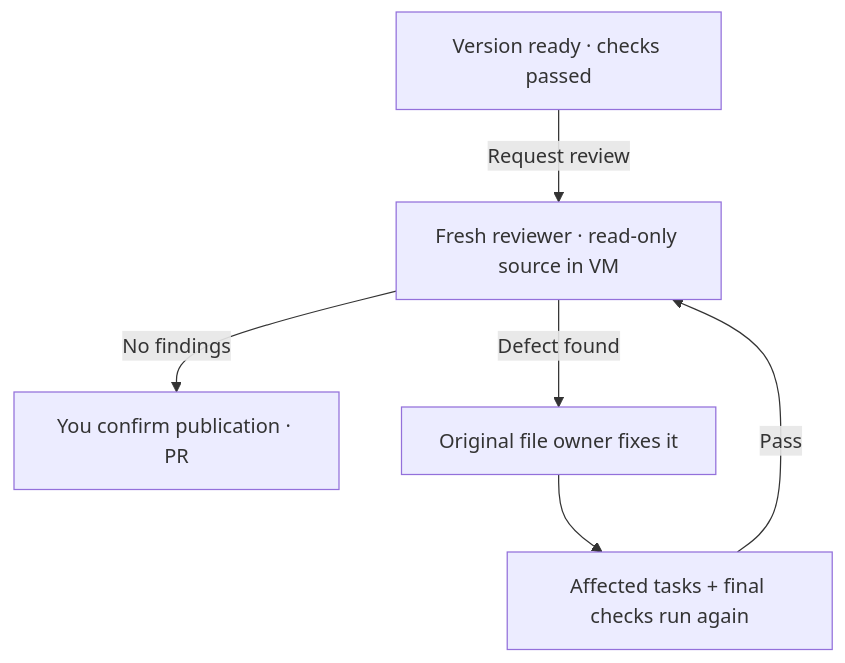
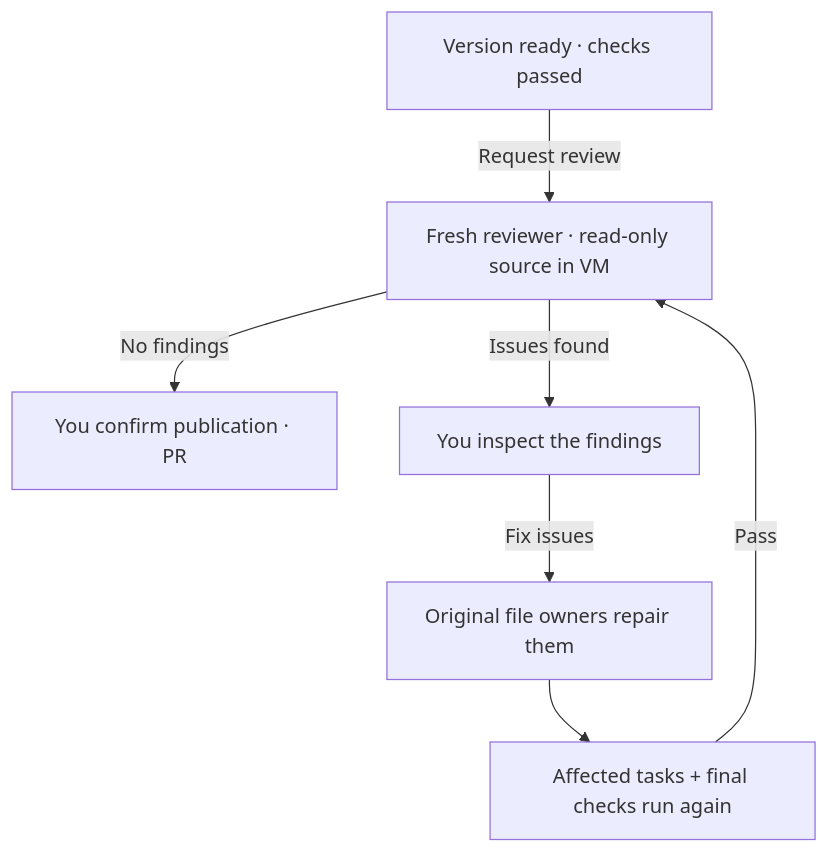
The diagram in docs/review.md (minimumeffort-dev/sprowt.harness), drawn with Mermaid before and after one commit. The commit also changed other lines of this file and 12 other files, not shown here.

Commit message:
Add review findings view and explicit repair actions

````diff
--- a/docs/review.md
+++ b/docs/review.md
@@ -7,8 +7,9 @@
 ```mermaid
 flowchart TB
     ready["Version ready · checks passed"] -->|"Request review"| review["Fresh reviewer · read-only source in VM"]
     review -->|"No findings"| publish["You confirm publication · PR"]
-    review -->|"Defect found"| fix["Original file owner fixes it"]
+    review -->|"Issues found"| findings["You inspect the findings"]
+    findings -->|"Fix issues"| fix["Original file owners repair them"]
     fix --> checks["Affected tasks + final checks run again"]
     checks -->|"Pass"| review
 ```
````
